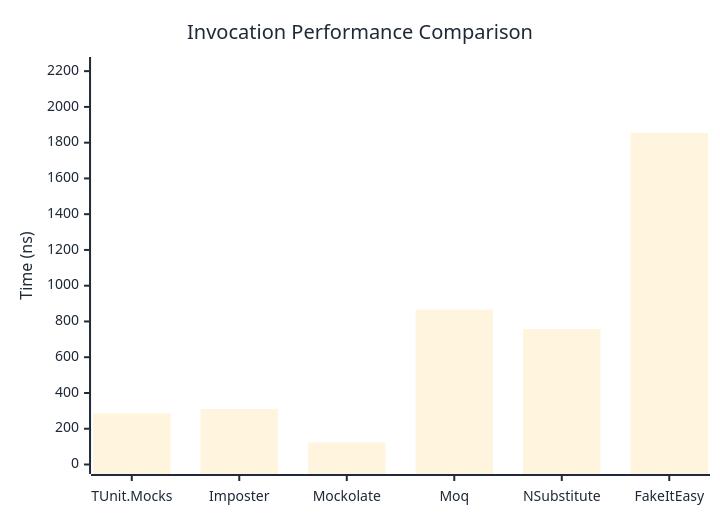
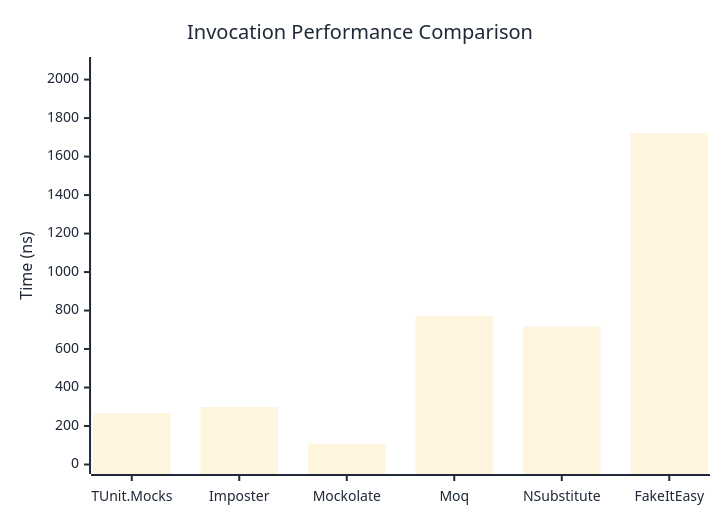
The first of 3 diagrams in docs/docs/benchmarks/mocks/Invocation.md (thomhurst/TUnit), drawn with Mermaid before and after one commit. The commit also changed other lines of this file and 14 other files, not shown here.

````diff
--- a/docs/docs/benchmarks/mocks/Invocation.md
+++ b/docs/docs/benchmarks/mocks/Invocation.md
@@ -30,27 +30,27 @@
 ```mermaid
 %%{init: {
   'theme':'base',
   'themeVariables': {
     'primaryColor': '#2563eb',
     'primaryTextColor': '#1f2937',
     'primaryBorderColor': '#1e40af',
     'lineColor': '#6b7280',
     'secondaryColor': '#7c3aed',
     'tertiaryColor': '#dc2626',
     'background': '#ffffff',
     'pie1': '#2563eb',
     'pie2': '#7c3aed',
     'pie3': '#dc2626',
     'pie4': '#f59e0b',
     'pie5': '#10b981',
     'pie6': '#06b6d4',
     'pie7': '#ec4899',
     'pie8': '#6366f1'
   }
 }}%%
 xychart-beta
   title "Invocation Performance Comparison"
   x-axis ["TUnit.Mocks", "Imposter", "Mockolate", "Moq", "NSubstitute", "FakeItEasy"]
-  y-axis "Time (ns)" 0 --> 2226
-  bar [286.2, 310.4, 123.5, 866, 757.2, 1854.7]
+  y-axis "Time (ns)" 0 --> 2068
+  bar [267.12, 299.06, 108.81, 772.43, 716.91, 1722.73]
 ```
````
